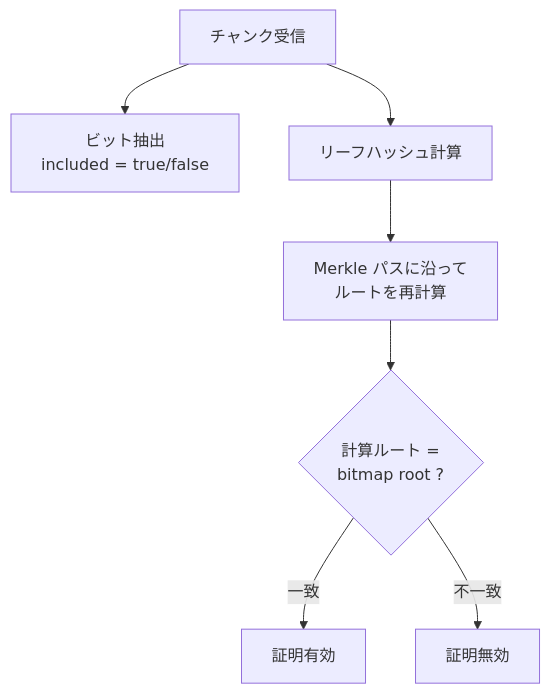
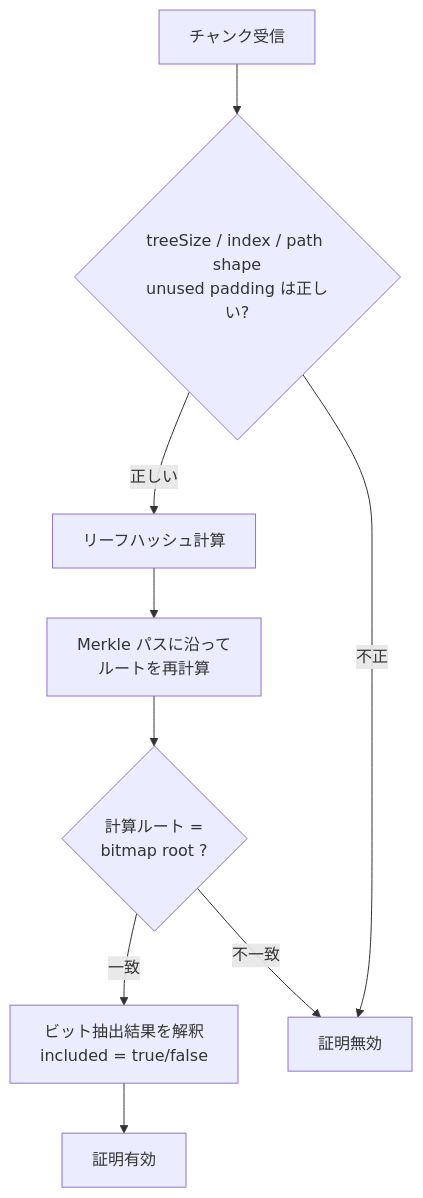
The third of 3 diagrams in public-book/src/protocol/bitmap-merkle.md (hwatanabe-jp/stark-ballot-simulator-public), drawn with Mermaid before and after one commit. The commit also changed other lines of this file and 1001 other files, not shown here.

````diff
--- a/public-book/src/protocol/bitmap-merkle.md
+++ b/public-book/src/protocol/bitmap-merkle.md
@@ -166,9 +188,11 @@
 ```mermaid
 flowchart TD
-  CK[チャンク受信] --> EX[ビット抽出<br/>included = true/false]
-  CK --> LH["リーフハッシュ計算"]
+  CK[チャンク受信] --> SH{treeSize / index / path shape<br/>unused padding は正しい?}
+  SH -->|正しい| LH["リーフハッシュ計算"]
   LH --> AP[Merkle パスに沿って<br/>ルートを再計算]
   AP --> CMP{計算ルート =<br/>bitmap root ?}
-  CMP -->|一致| V[証明有効]
+  CMP -->|一致| EX[ビット抽出結果を解釈<br/>included = true/false]
+  EX --> V[証明有効]
   CMP -->|不一致| IV[証明無効]
+  SH -->|不正| IV
 ```
````
